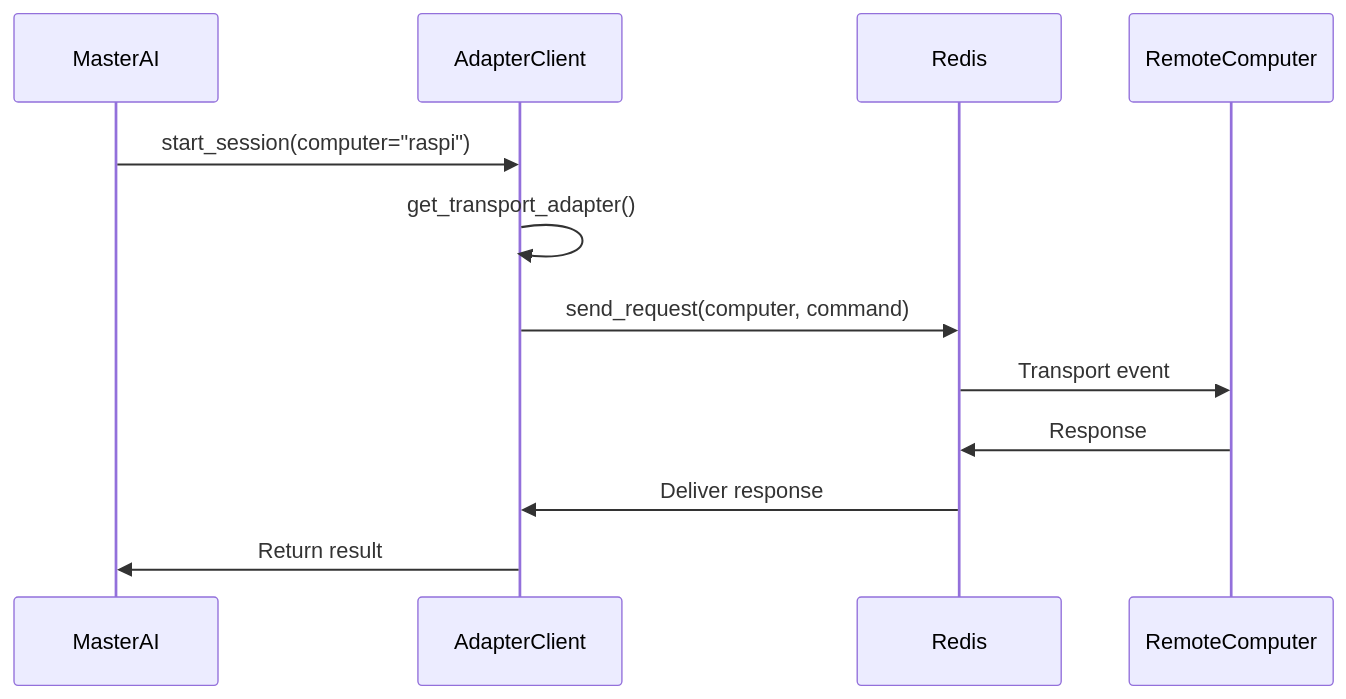
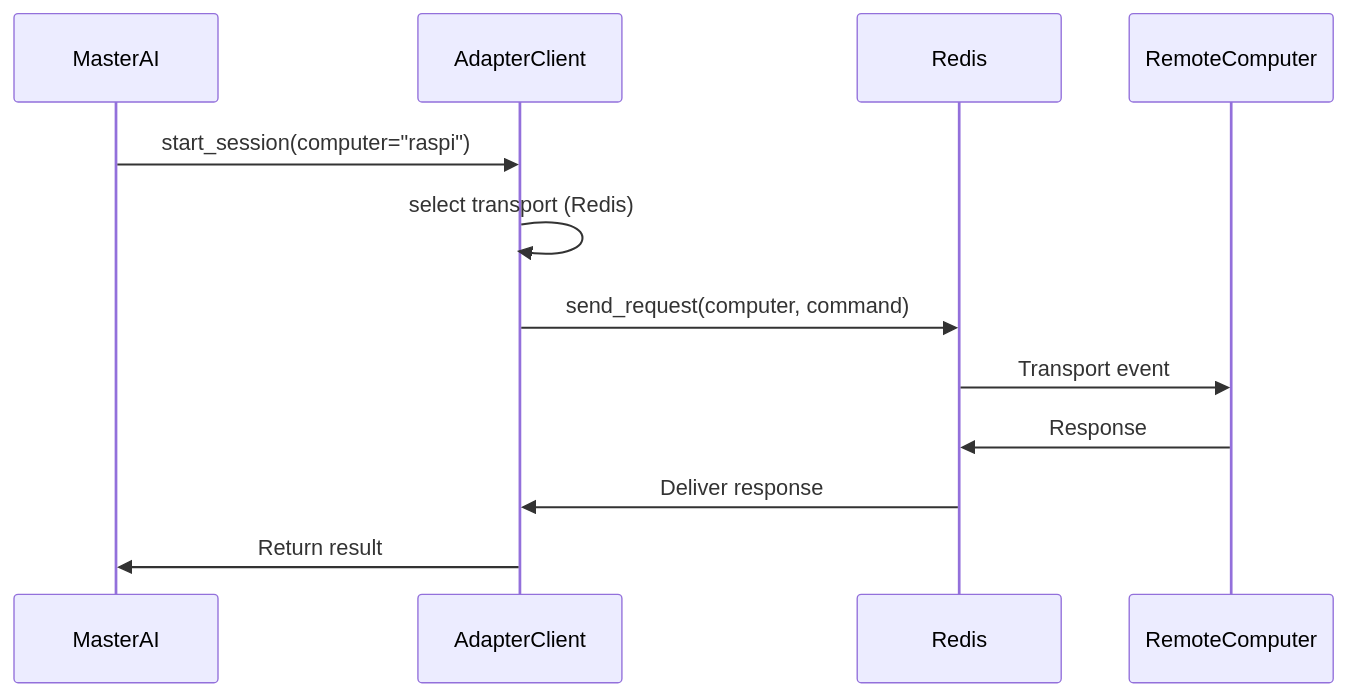
One commit to InstruktAI/TeleClaude changed the fifth of 5 diagrams in docs/project/architecture/adapter-client.md. Above: the diagram before and after it, drawn with Mermaid. The commit also changed other lines of this file and 38 other files, not shown here.

Commit message:
refactor(docs): remove transport adapter concept

````diff
--- a/docs/project/architecture/adapter-client.md
+++ b/docs/project/architecture/adapter-client.md
@@ -129,15 +127,15 @@
 ```mermaid
 sequenceDiagram
     participant MasterAI
     participant AC as AdapterClient
     participant Redis
     participant RemoteComputer
 
     MasterAI->>AC: start_session(computer="raspi")
-    AC->>AC: get_transport_adapter()
+    AC->>AC: select transport (Redis)
     AC->>Redis: send_request(computer, command)
     Redis->>RemoteComputer: Transport event
     RemoteComputer->>Redis: Response
     Redis->>AC: Deliver response
     AC->>MasterAI: Return result
 ```
````
